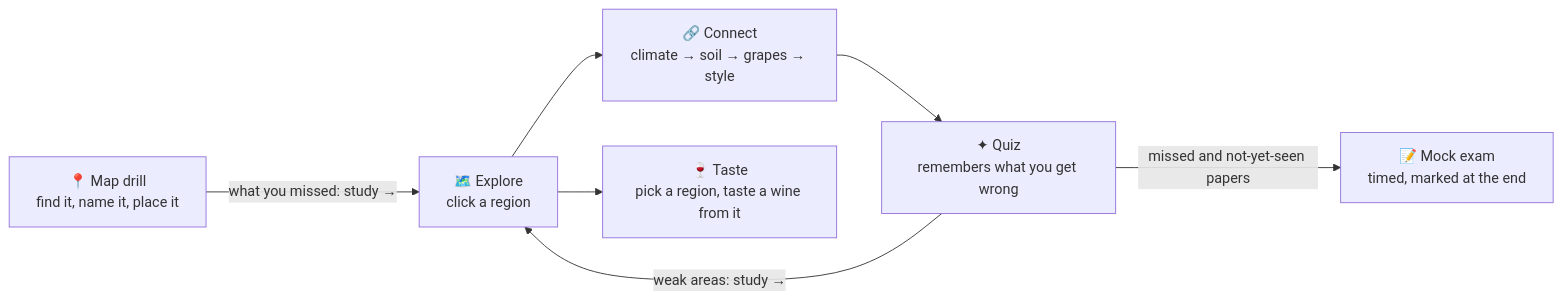
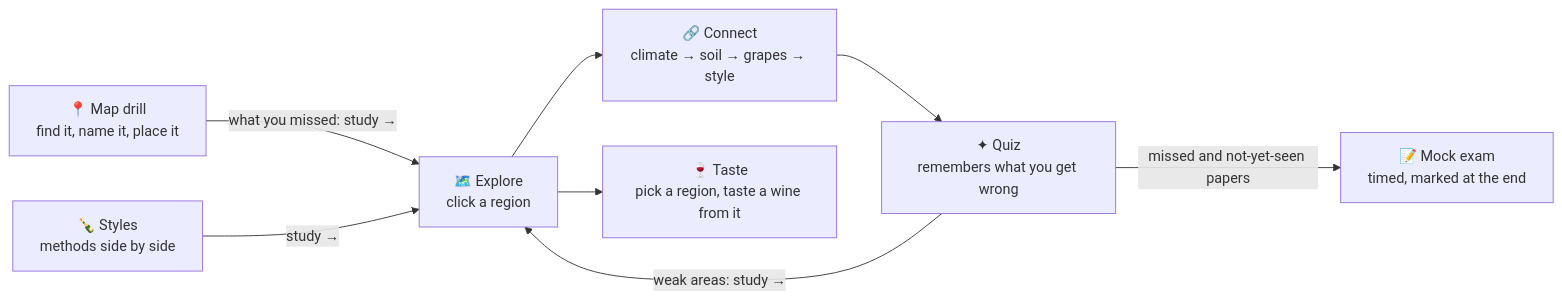
Before and after one commit to PKusch/terroir-study: the diagram in README.md, drawn with Mermaid. The commit also changed other lines of this file and 19 other files, not shown here.

````diff
--- a/README.md
+++ b/README.md
@@ -53,9 +53,10 @@
 ```mermaid
 flowchart LR
     E["🗺️ Explore<br/>click a region"] --> C["🔗 Connect<br/>climate → soil → grapes → style"]
     C --> Q["✦ Quiz<br/>remembers what you get wrong"]
     E --> T["🍷 Taste<br/>pick a region, taste a wine from it"]
     Q -- "weak areas: study →" --> E
     D["📍 Map drill<br/>find it, name it, place it"] -- "what you missed: study →" --> E
     Q -- "missed and not-yet-seen papers" --> M["📝 Mock exam<br/>timed, marked at the end"]
+    S["🍾 Styles<br/>methods side by side"] -- "study →" --> E
 ```
````
